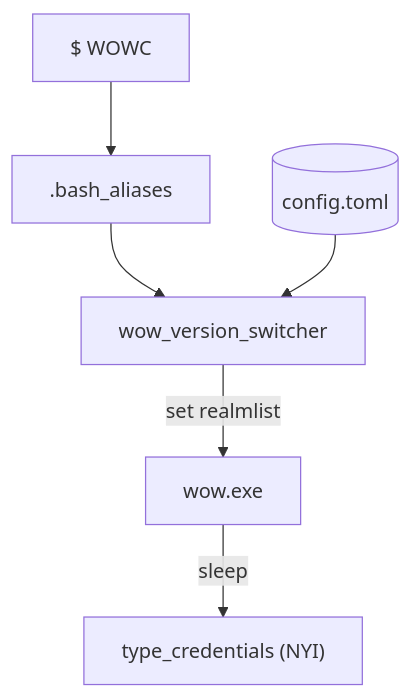
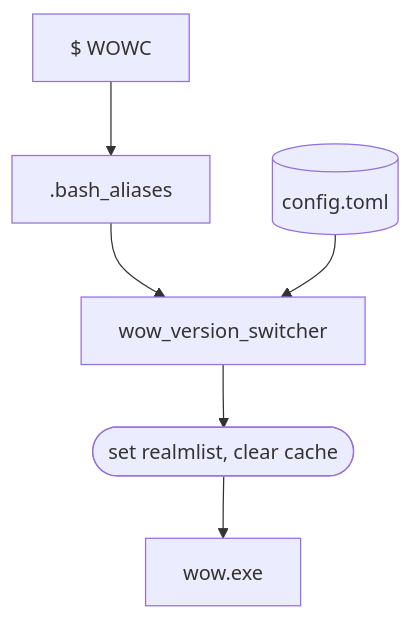
Before and after one commit to sogladev/wow-realm-switch-utility: the diagram in README.md, drawn with Mermaid.

Commit message:
docs: remove sleep reference

````diff
--- a/README.md
+++ b/README.md
@@ -4,8 +4,8 @@
 ```mermaid
 graph TD;
-    cmd-->.bash_aliases-->wow_version_switcher--set realmlist-->wow.exe--sleep-->type_credentials
+    cmd-->.bash_aliases-->wow_version_switcher-->do_config-->wow.exe
     config.toml-->wow_version_switcher
     config.toml[(config.toml)]
-        type_credentials["type_credentials (NYI)"]
     cmd[$ WOWC]
+    do_config([set realmlist, clear cache])
 ```
````
